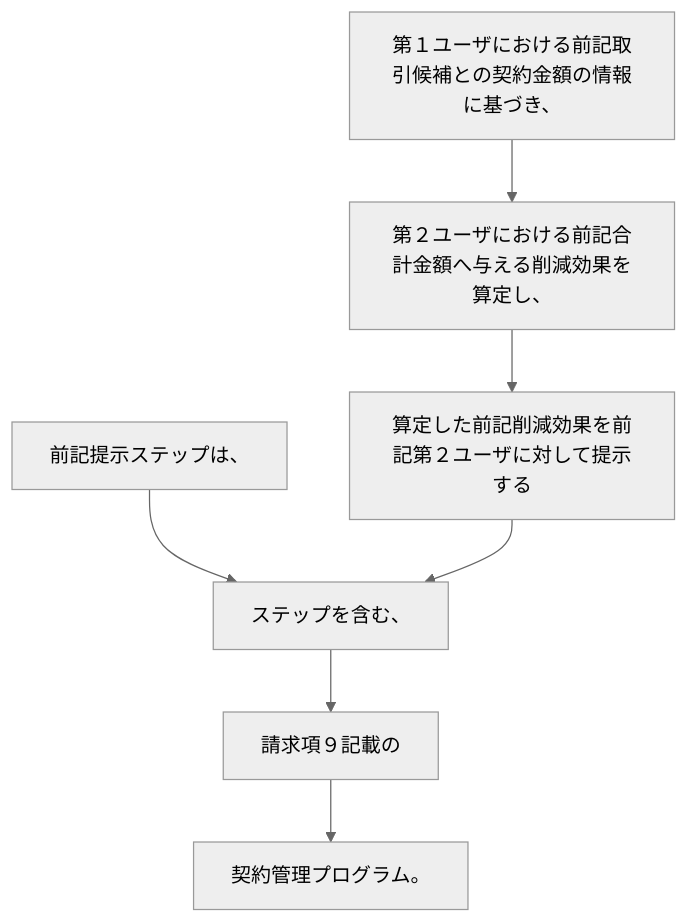
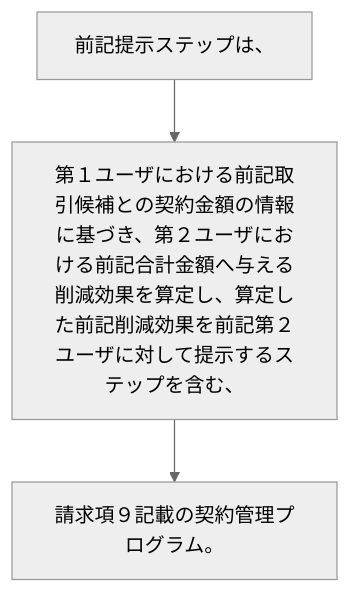
Before and after one commit to shinmori55/patent_analyzed: the diagram in 2024/JP2024014095A/claim_10/README.md, drawn with Mermaid (neutral theme). The commit also changed 27 other files, not shown here.

````diff
--- a/2024/JP2024014095A/claim_10/README.md
+++ b/2024/JP2024014095A/claim_10/README.md
@@ -3,16 +3,8 @@
 ```mermaid
 flowchart TD
 A[前記提示ステップは、]
-B[第１ユーザにおける前記取引候補との契約金額の情報に基づき、]
-C[第２ユーザにおける前記合計金額へ与える削減効果を算定し、]
-D[算定した前記削減効果を前記第２ユーザに対して提示する]
-E[ステップを含む、]
-F[請求項９記載の]
-G[契約管理プログラム。]
-A --> E
+B[第１ユーザにおける前記取引候補との契約金額の情報に基づき、第２ユーザにおける前記合計金額へ与える削減効果を算定し、算定した前記削減効果を前記第２ユーザに対して提示するステップを含む、]
+C[請求項９記載の契約管理プログラム。]
+A --> B
 B --> C
-C --> D
-D --> E
-E --> F
-F --> G
 ```
````
